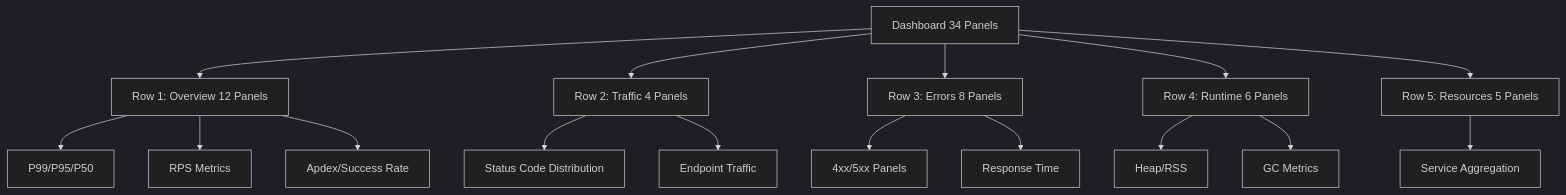
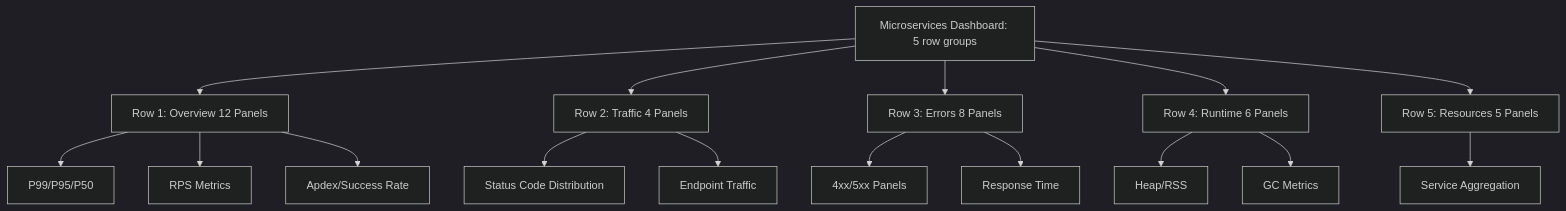
Before and after one commit to duynhlab/homelab: the diagram in docs/observability/grafana/dashboard-reference.md, drawn with Mermaid (dark theme). The commit also changed other lines of this file and 243 other files, not shown here.

````diff
--- a/docs/observability/grafana/dashboard-reference.md
+++ b/docs/observability/grafana/dashboard-reference.md
@@ -28,30 +28,30 @@
 ```mermaid
 graph TD
-    Dashboard[Dashboard 34 Panels]
+    Dashboard[Microservices Dashboard: 5 row groups]
     Row1[Row 1: Overview 12 Panels]
     Row2[Row 2: Traffic 4 Panels]
     Row3[Row 3: Errors 8 Panels]
     Row4[Row 4: Runtime 6 Panels]
     Row5[Row 5: Resources 5 Panels]
     
     Dashboard --> Row1
     Dashboard --> Row2
     Dashboard --> Row3
     Dashboard --> Row4
     Dashboard --> Row5
     
     Row1 --> Percentiles[P99/P95/P50]
     Row1 --> Traffic[RPS Metrics]
     Row1 --> Health[Apdex/Success Rate]
     
     Row2 --> StatusCodes[Status Code Distribution]
     Row2 --> Endpoints[Endpoint Traffic]
     
     Row3 --> Errors[4xx/5xx Panels]
     Row3 --> Performance[Response Time]
     
     Row4 --> Memory[Heap/RSS]
     Row4 --> GC[GC Metrics]
     
     Row5 --> Capacity[Service Aggregation]
 ```
````
